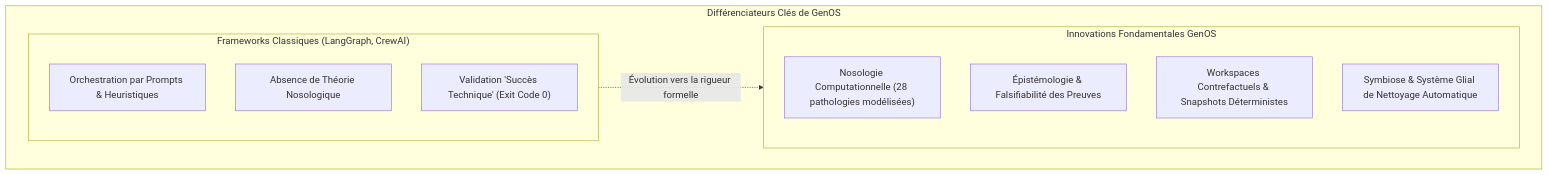
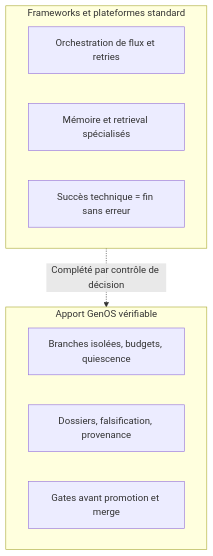
Before and after one commit to PISSARAW/GenOS: the diagram in docs/07-positionnement/panorama-concurrentiel.md, drawn with Mermaid. The commit also changed other lines of this file, not shown here.

Commit message:
[DOC] Actualise panorama concurrentiel avec preuves code et concurrents elargis

````diff
--- a/docs/07-positionnement/panorama-concurrentiel.md
+++ b/docs/07-positionnement/panorama-concurrentiel.md
@@ -245,18 +140,14 @@
 ```mermaid
 flowchart TD
-    subgraph Comparison["Différenciateurs Clés de GenOS"]
-        subgraph StandardFrameworks["Frameworks Classiques (LangGraph, CrewAI)"]
-            F1["Orchestration par Prompts & Heuristiques"]
-            F2["Absence de Théorie Nosologique"]
-            F3["Validation 'Succès Technique' (Exit Code 0)"]
-        end
-        subgraph GenOSAdvantages["Innovations Fondamentales GenOS"]
-            G1["Nosologie Computationnelle (28 pathologies modélisées)"]
-            G2["Épistémologie & Falsifiabilité des Preuves"]
-            G3["Workspaces Contrefactuels & Snapshots Déterministes"]
-            G4["Symbiose & Système Glial de Nettoyage Automatique"]
-        end
+    subgraph STD["Frameworks et plateformes standard"]
+        F1["Orchestration de flux et retries"]
+        F2["Mémoire et retrieval spécialisés"]
+        F3["Succès technique = fin sans erreur"]
     end
-
-    StandardFrameworks -.->|Évolution vers la rigueur formelle| GenOSAdvantages
+    subgraph GENOS["Apport GenOS vérifiable"]
+        G1["Branches isolées, budgets, quiescence"]
+        G2["Dossiers, falsification, provenance"]
+        G3["Gates avant promotion et merge"]
+    end
+    STD -.->|Complété par contrôle de décision| GENOS
 ```
````
